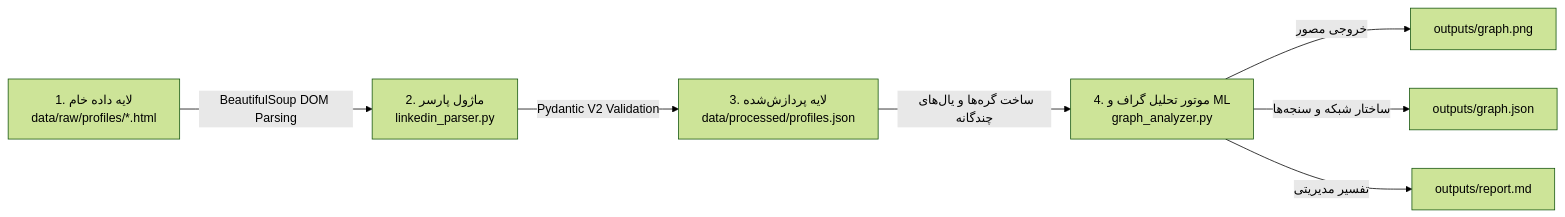
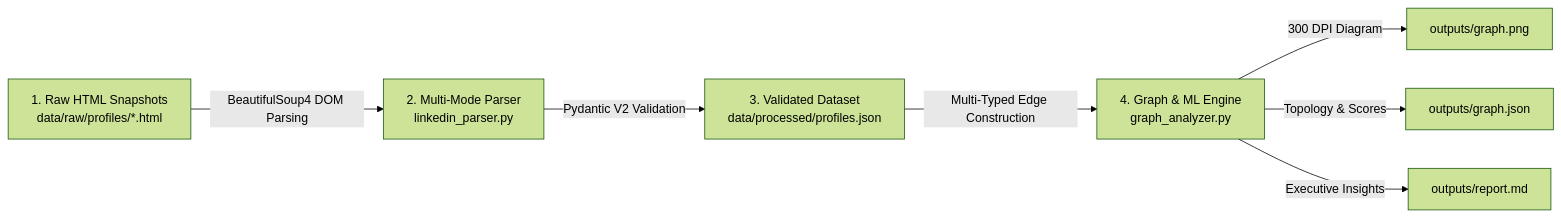
One commit to Mafi3895/linkedin-org-graph-analytics changed the diagram in README.md. Above: the diagram before and after it, drawn with Mermaid (forest theme). The commit also changed other lines of this file, not shown here.

````diff
--- a/README.md
+++ b/README.md
@@ -83,9 +44,9 @@
 ```mermaid
 flowchart LR
-    Raw["1. لایه داده خام<br/>data/raw/profiles/*.html"] -->|BeautifulSoup DOM Parsing| Parser["2. ماژول پارسر<br/>linkedin_parser.py"]
-    Parser -->|Pydantic V2 Validation| Proc["3. لایه پردازش‌شده<br/>data/processed/profiles.json"]
-    Proc -->|ساخت گره‌ها و یال‌های چندگانه| Graph["4. موتور تحلیل گراف و ML<br/>graph_analyzer.py"]
-    Graph -->|خروجی مصور| PNG["outputs/graph.png"]
-    Graph -->|ساختار شبکه و سنجه‌ها| JSON["outputs/graph.json"]
-    Graph -->|تفسیر مدیریتی| MD["outputs/report.md"]
+    Raw["1. Raw HTML Snapshots<br/>data/raw/profiles/*.html"] -->|BeautifulSoup4 DOM Parsing| Parser["2. Multi-Mode Parser<br/>linkedin_parser.py"]
+    Parser -->|Pydantic V2 Validation| Proc["3. Validated Dataset<br/>data/processed/profiles.json"]
+    Proc -->|Multi-Typed Edge Construction| Graph["4. Graph & ML Engine<br/>graph_analyzer.py"]
+    Graph -->|300 DPI Diagram| PNG["outputs/graph.png"]
+    Graph -->|Topology & Scores| JSON["outputs/graph.json"]
+    Graph -->|Executive Insights| MD["outputs/report.md"]
 ```
````
